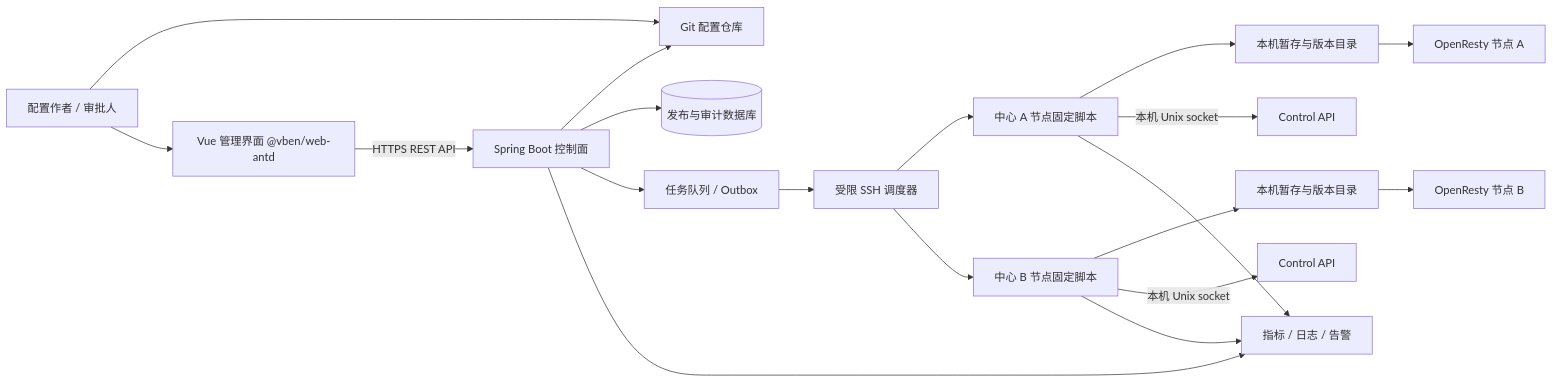
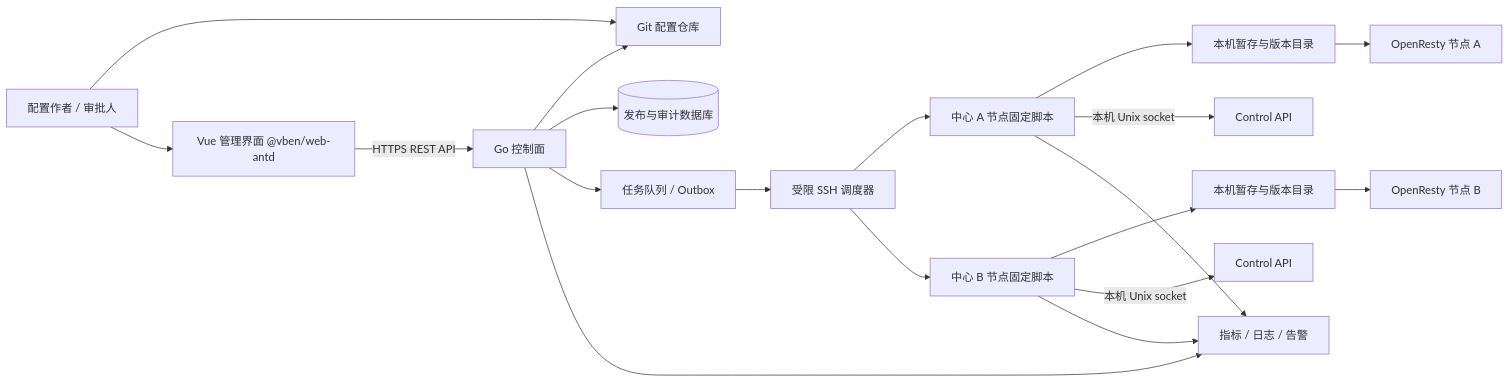
Before and after one commit to forxiucn/openresty-plus: the first of 2 diagrams in 多中心OpenResty配置管理平台设计方案.md, drawn with Mermaid. The commit also changed other lines of this file and 11 other files, not shown here.

````diff
--- a/多中心OpenResty配置管理平台设计方案.md
+++ b/多中心OpenResty配置管理平台设计方案.md
@@ -39,23 +39,23 @@
 ```mermaid
 flowchart LR
   U[配置作者 / 审批人] --> G[Git 配置仓库]
   U --> W[Vue 管理界面 @vben/web-antd]
-  W -->|HTTPS REST API| C[Spring Boot 控制面]
+  W -->|HTTPS REST API| C[Go 控制面]
   C --> G
   C --> DB[(发布与审计数据库)]
   C --> Q[任务队列 / Outbox]
   Q --> SSH[受限 SSH 调度器]
   SSH --> S1[中心 A 节点固定脚本]
   SSH --> S2[中心 B 节点固定脚本]
   S1 --> V1[本机暂存与版本目录]
   S2 --> V2[本机暂存与版本目录]
   N1[OpenResty 节点 A]
   N2[OpenResty 节点 B]
   V1 --> N1
   V2 --> N2
   S1 -->|本机 Unix socket| API1[Control API]
   S2 -->|本机 Unix socket| API2[Control API]
   C --> M[指标 / 日志 / 告警]
   S1 --> M
   S2 --> M
 ```
````
